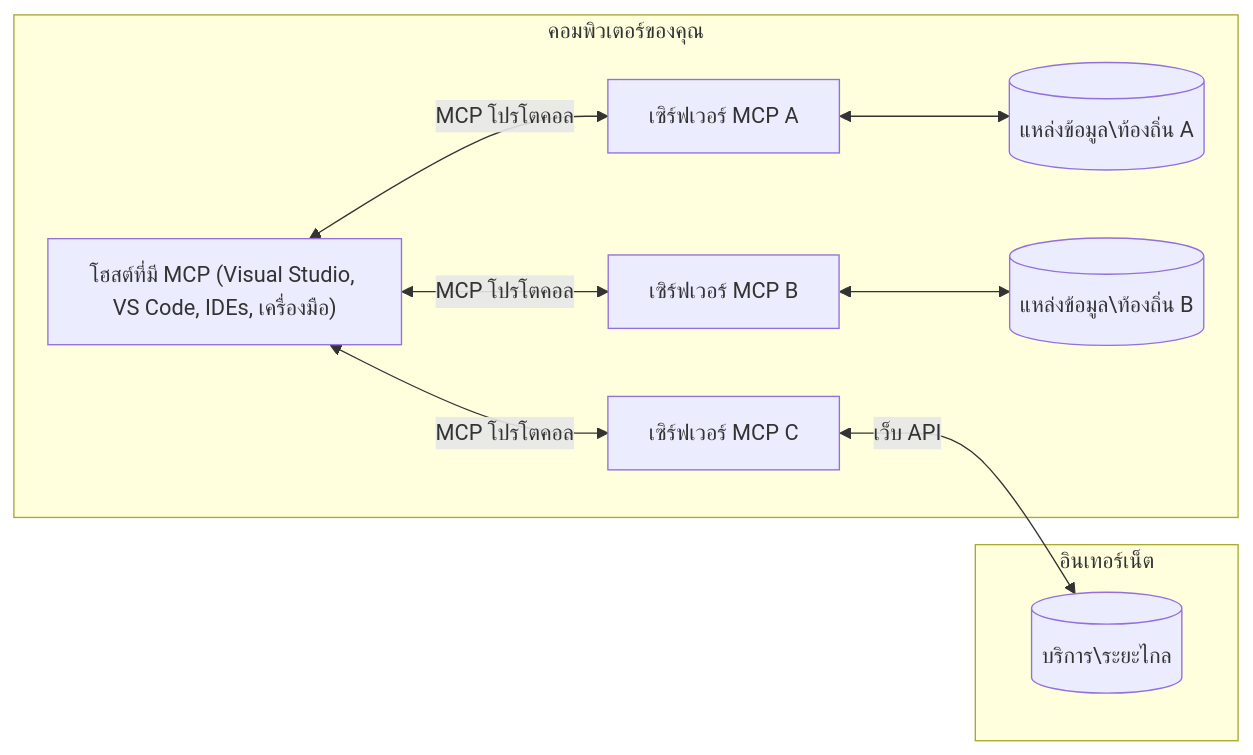
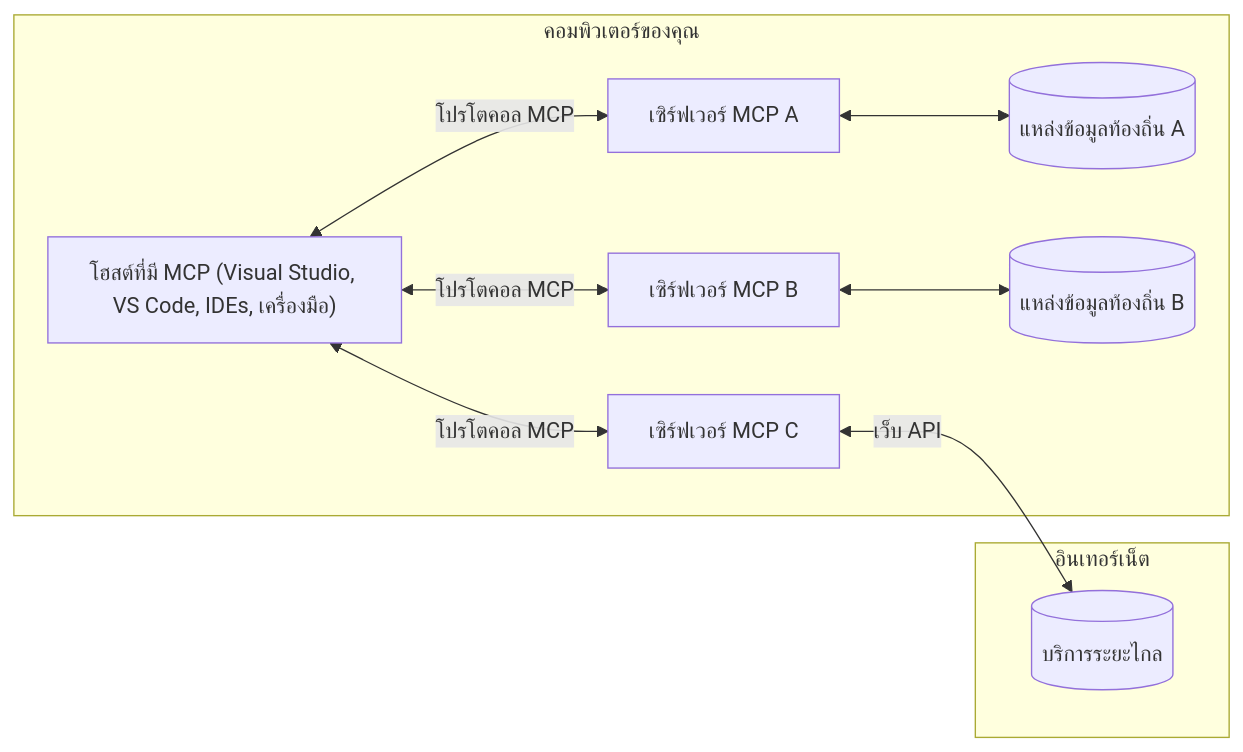
Before and after one commit to Mu-L/mcp-for-beginners: the diagram in translations/th/01-CoreConcepts/README.md, drawn with Mermaid. The commit also changed other lines of this file and 5 other files, not shown here.

````diff
--- a/translations/th/01-CoreConcepts/README.md
+++ b/translations/th/01-CoreConcepts/README.md
@@ -42,17 +47,17 @@
 ```mermaid
 flowchart LR
     subgraph "คอมพิวเตอร์ของคุณ"
         Host["โฮสต์ที่มี MCP (Visual Studio, VS Code, IDEs, เครื่องมือ)"]
         S1["เซิร์ฟเวอร์ MCP A"]
         S2["เซิร์ฟเวอร์ MCP B"]
         S3["เซิร์ฟเวอร์ MCP C"]
-        Host <-->|"MCP โปรโตคอล"| S1
-        Host <-->|"MCP โปรโตคอล"| S2
-        Host <-->|"MCP โปรโตคอล"| S3
-        S1 <--> D1[("แหล่งข้อมูล\ท้องถิ่น A")]
-        S2 <--> D2[("แหล่งข้อมูล\ท้องถิ่น B")]
+        Host <-->|"โปรโตคอล MCP"| S1
+        Host <-->|"โปรโตคอล MCP"| S2
+        Host <-->|"โปรโตคอล MCP"| S3
+        S1 <--> D1[("แหล่งข้อมูลท้องถิ่น A")]
+        S2 <--> D2[("แหล่งข้อมูลท้องถิ่น B")]
     end
     subgraph "อินเทอร์เน็ต"
-        S3 <-->|"เว็บ API"| D3[("บริการ\ระยะไกล")]
+        S3 <-->|"เว็บ API"| D3[("บริการระยะไกล")]
     end
 ```
````
